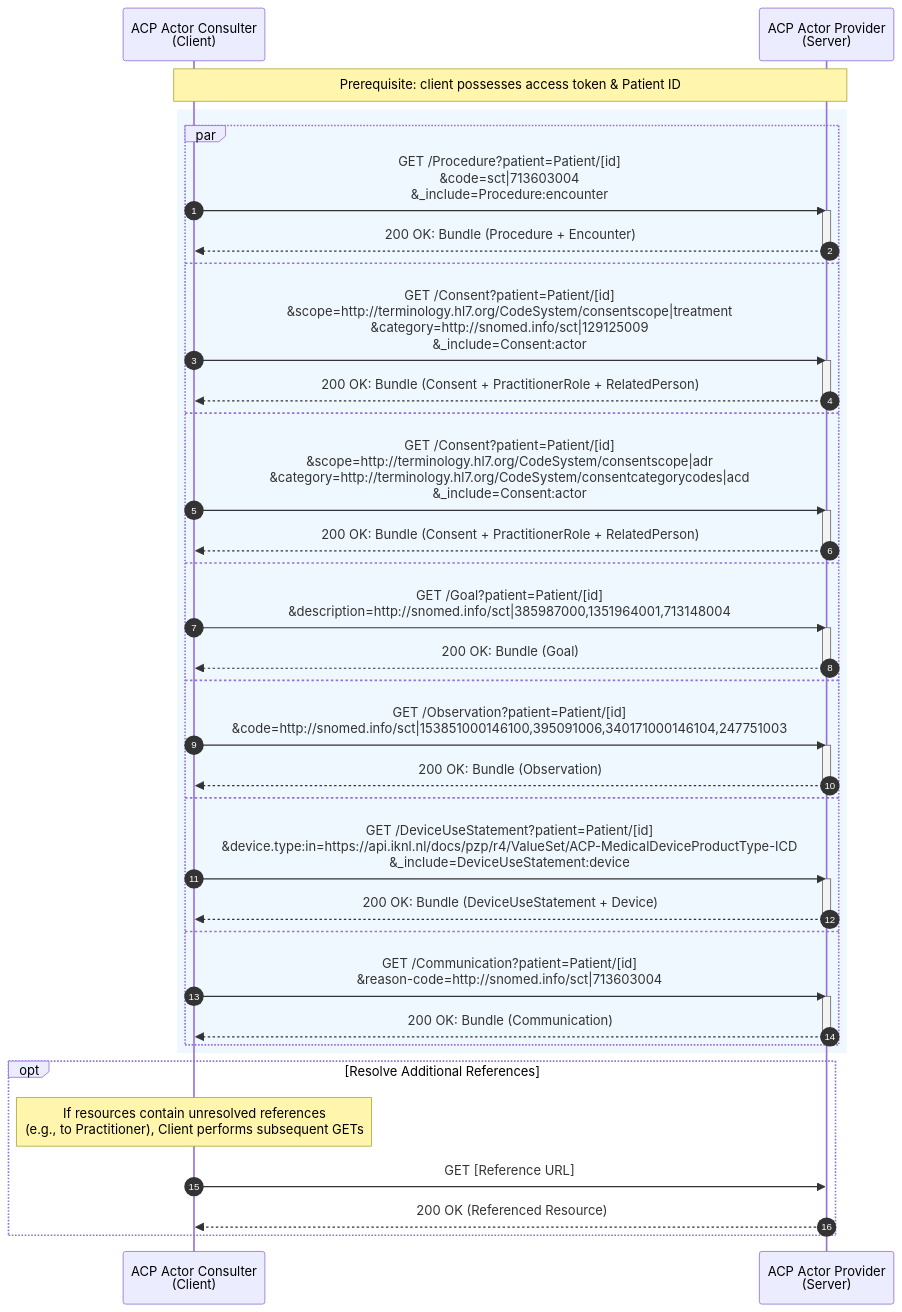
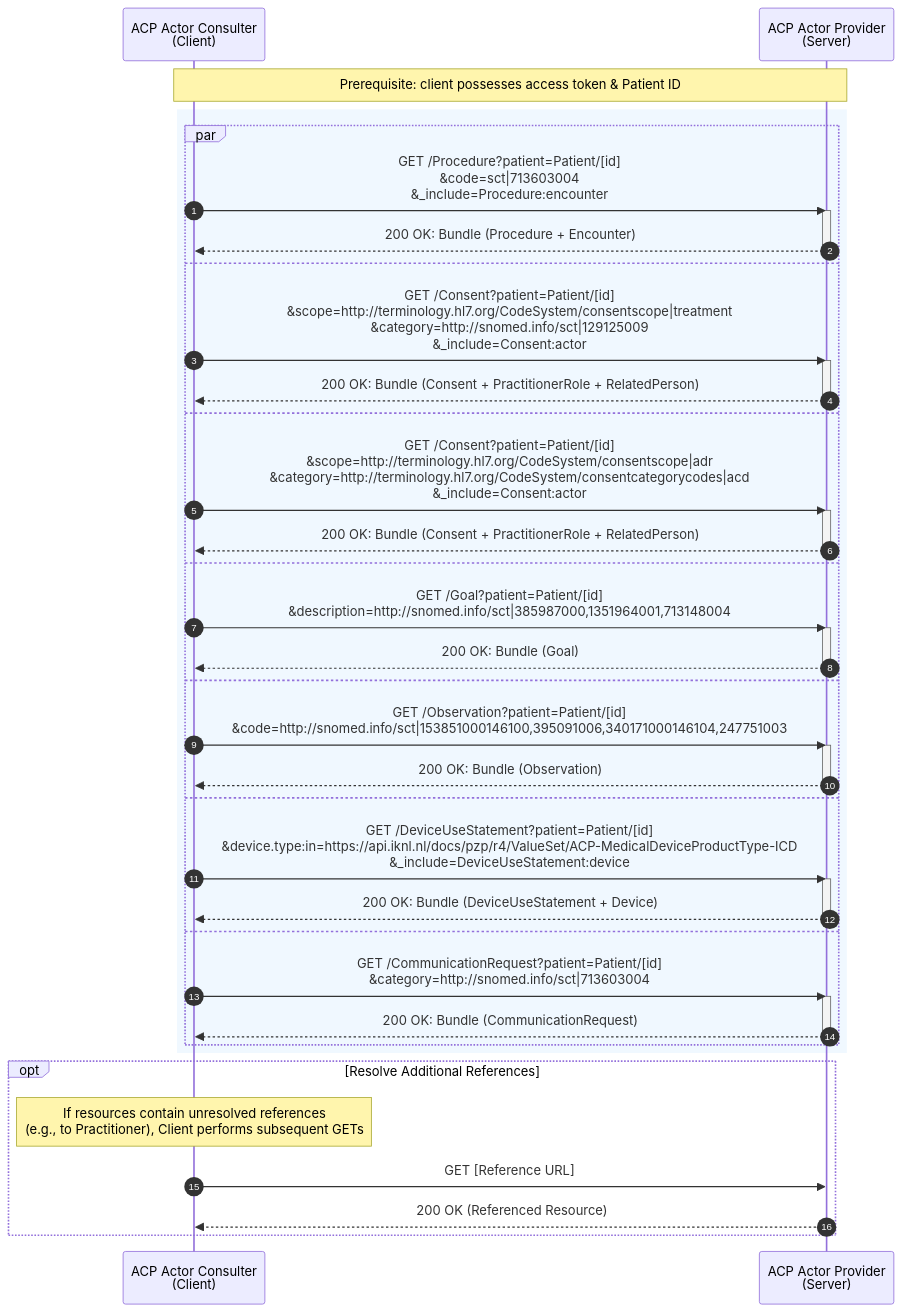
The diagram in input/includes/fhir-data-exchange-individual-resources-mermaid-diagram.md (IKNL/PZP-FHIR-R4), drawn with Mermaid before and after one commit. The commit also changed 2 other files, not shown here.

Commit message:
Update data exchange sections related to CommunicationRequest

```diff
--- a/input/includes/fhir-data-exchange-individual-resources-mermaid-diagram.md
+++ b/input/includes/fhir-data-exchange-individual-resources-mermaid-diagram.md
@@ -1,63 +1,63 @@
 <div class="mermaid" style="height: 800px; overflow: visible;">
 
 sequenceDiagram
     autonumber
     participant C as ACP Actor Consulter<br>(Client)
     participant S as ACP Actor Provider<br>(Server)
 
     note over C, S: Prerequisite: client possesses access token & Patient ID
 
     rect rgb(240, 248, 255)
   
         par 
             %% 1. Procedures
             C->>S: GET /Procedure?patient=Patient/[id]<br>&code=sct|713603004<br>&_include=Procedure:encounter
             activate S
             S-->>C: 200 OK: Bundle (Procedure + Encounter)
             deactivate S
         and
             %% 2. Consent (TreatmentDirective)
             C->>S: GET /Consent?patient=Patient/[id]<br>&scope=http://terminology.hl7.org/CodeSystem/consentscope|treatment<br>&category=http://snomed.info/sct|129125009<br>&_include=Consent:actor
             activate S
             S-->>C: 200 OK: Bundle (Consent + PractitionerRole + RelatedPerson)
             deactivate S
         and
             %% 3. Consent (AdvanceCareDirective)
             C->>S: GET /Consent?patient=Patient/[id]<br>&scope=http://terminology.hl7.org/CodeSystem/consentscope|adr<br>&category=http://terminology.hl7.org/CodeSystem/consentcategorycodes|acd<br>&_include=Consent:actor
             activate S
             S-->>C: 200 OK: Bundle (Consent + PractitionerRole + RelatedPerson)
             deactivate S
         and
             %% 4. Goals
             C->>S: GET /Goal?patient=Patient/[id]<br>&description=http://snomed.info/sct|385987000,1351964001,713148004
             activate S
             S-->>C: 200 OK: Bundle (Goal)
             deactivate S
         and
             %% 5. Observations
             C->>S: GET /Observation?patient=Patient/[id]<br>&code=http://snomed.info/sct|153851000146100,395091006,340171000146104,247751003
             activate S
             S-->>C: 200 OK: Bundle (Observation)
             deactivate S
         and
             %% 6. Devices
             C->>S: GET /DeviceUseStatement?patient=Patient/[id]<br>&device.type:in=https://api.iknl.nl/docs/pzp/r4/ValueSet/ACP-MedicalDeviceProductType-ICD<br>&_include=DeviceUseStatement:device
             activate S
             S-->>C: 200 OK: Bundle (DeviceUseStatement + Device)
             deactivate S
         and
-            %% 7. Communication
-            C->>S: GET /Communication?patient=Patient/[id]<br>&reason-code=http://snomed.info/sct|713603004
+            %% 7. CommunicationRequests
+            C->>S: GET /CommunicationRequest?patient=Patient/[id]<br>&category=http://snomed.info/sct|713603004
             activate S
-            S-->>C: 200 OK: Bundle (Communication)
+            S-->>C: 200 OK: Bundle (CommunicationRequest)
             deactivate S
         end
     end
 
     opt Resolve Additional References
         note over C: If resources contain unresolved references<br>(e.g., to Practitioner), Client performs subsequent GETs
         C->>S: GET [Reference URL]
         S-->>C: 200 OK (Referenced Resource)
     end
 
 </div>
```
